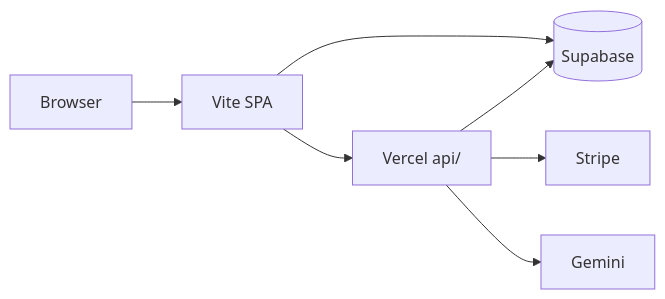
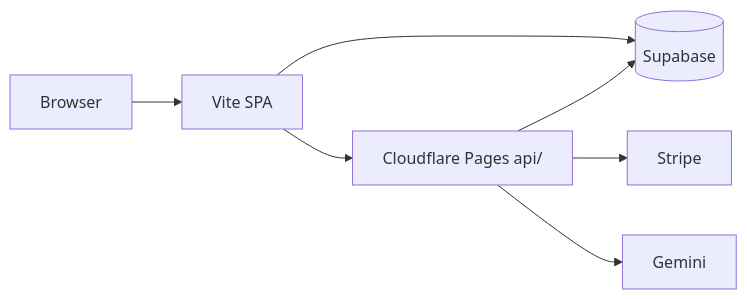
One commit to brysonandtiff-ops/vishvakarma-os changed the diagram in docs/developer/ARCHITECTURE.md. Above: the diagram before and after it, drawn with Mermaid. The commit also changed other lines of this file and 134 other files, not shown here.

````diff
--- a/docs/developer/ARCHITECTURE.md
+++ b/docs/developer/ARCHITECTURE.md
@@ -22,9 +22,9 @@
 ```mermaid
 flowchart LR
   Browser --> SPA[Vite SPA]
   SPA --> Supabase[(Supabase)]
-  SPA --> API[Vercel api/]
+  SPA --> API[Cloudflare Pages api/]
   API --> Supabase
   API --> Stripe[Stripe]
   API --> Gemini[Gemini]
 ```
````
